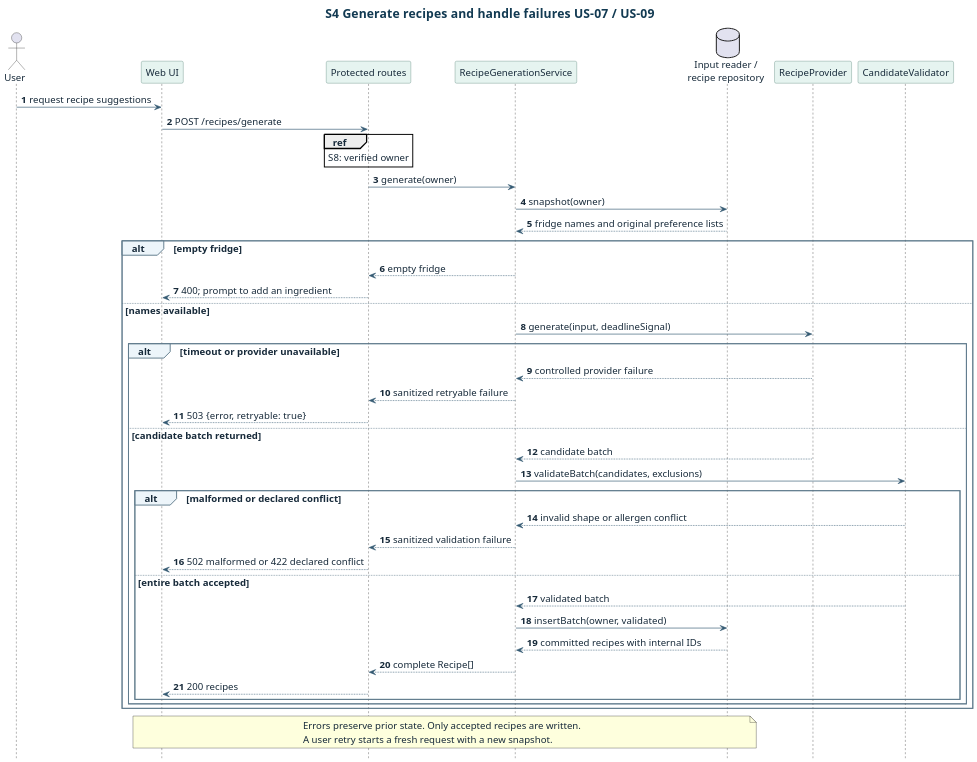
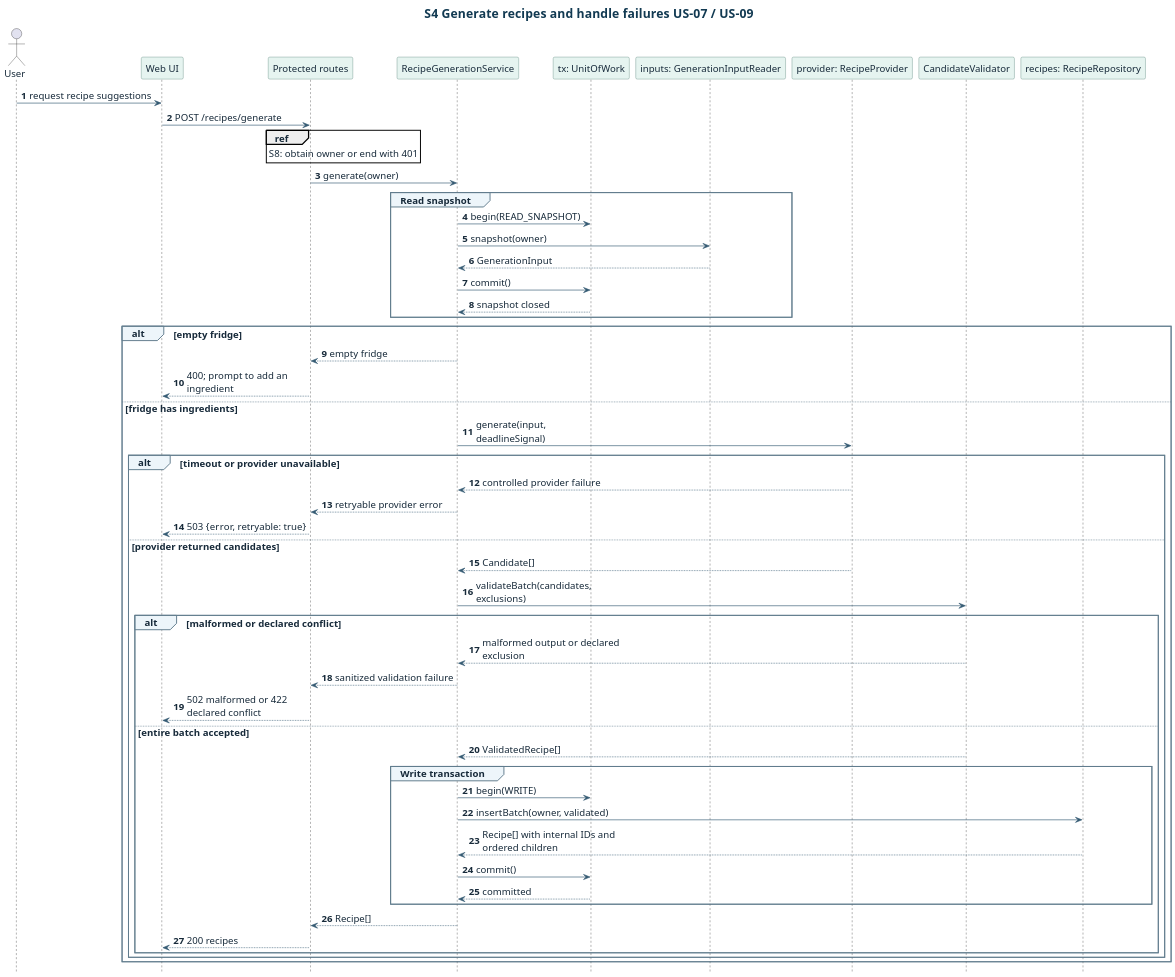
One commit to SarpCizer/CMPE331-Project changed the diagram in docs/design/sequence/generation.puml. Above: the diagram before and after it, drawn with PlantUML. The commit also changed 15 other files, not shown here.

Commit message:
docs: validate requests in services and reply after commit

```diff
--- a/docs/design/sequence/generation.puml
+++ b/docs/design/sequence/generation.puml
@@ -1,65 +1,75 @@
 @startuml
 title S4  Generate recipes and handle failures  US-07 / US-09
 skinparam backgroundColor #FFFFFF
 skinparam defaultFontName Arial
 skinparam defaultFontColor #172A3A
 skinparam defaultFontSize 15
 skinparam ArrowColor #345A72
 skinparam Shadowing false
 skinparam dpi 150
 skinparam TitleFontColor #123A52
 skinparam TitleFontSize 19
 skinparam ClassBackgroundColor #EDF5FA
 skinparam ClassBorderColor #456F89
 skinparam ComponentBackgroundColor #EDF5FA
 skinparam ComponentBorderColor #456F89
 skinparam PackageBorderColor #456F89
 skinparam ParticipantBackgroundColor #E6F4F0
 skinparam ParticipantBorderColor #417364
 skinparam SequenceGroupBackgroundColor #EDF5FA
 skinparam SequenceGroupBorderColor #617C8D
 hide footbox
 autonumber
+skinparam maxMessageSize 220
 actor User
 participant "Web UI" as UI
 participant "Protected routes" as API
+
 participant RecipeGenerationService as Gen
-database "Input reader /\nrecipe repository" as Store
-participant RecipeProvider as AI
+participant "tx: UnitOfWork" as Tx
+participant "inputs: GenerationInputReader" as Input
+participant "provider: RecipeProvider" as Provider
 participant CandidateValidator as Validate
+participant "recipes: RecipeRepository" as Recipes
 User -> UI : request recipe suggestions
 UI -> API : POST /recipes/generate
-ref over API : S8: verified owner
+ref over API : S8: obtain owner or end with 401
 API -> Gen : generate(owner)
-Gen -> Store : snapshot(owner)
-Store --> Gen : fridge names and original preference lists
+group Read snapshot
+  Gen -> Tx : begin(READ_SNAPSHOT)
+  Gen -> Input : snapshot(owner)
+  Input --> Gen : GenerationInput
+  Gen -> Tx : commit()
+  Tx --> Gen : snapshot closed
+end
 alt empty fridge
   Gen --> API : empty fridge
   API --> UI : 400; prompt to add an ingredient
-else names available
-  Gen -> AI : generate(input, deadlineSignal)
+else fridge has ingredients
+  Gen -> Provider : generate(input, deadlineSignal)
   alt timeout or provider unavailable
-    AI --> Gen : controlled provider failure
-    Gen --> API : sanitized retryable failure
+    Provider --> Gen : controlled provider failure
+    Gen --> API : retryable provider error
     API --> UI : 503 {error, retryable: true}
-  else candidate batch returned
-    AI --> Gen : candidate batch
+  else provider returned candidates
+    Provider --> Gen : Candidate[]
     Gen -> Validate : validateBatch(candidates, exclusions)
     alt malformed or declared conflict
-      Validate --> Gen : invalid shape or allergen conflict
+      Validate --> Gen : malformed output or declared exclusion
       Gen --> API : sanitized validation failure
       API --> UI : 502 malformed or 422 declared conflict
     else entire batch accepted
-      Validate --> Gen : validated batch
-      Gen -> Store : insertBatch(owner, validated)
-      Store --> Gen : committed recipes with internal IDs
-      Gen --> API : complete Recipe[]
+      Validate --> Gen : ValidatedRecipe[]
+      group Write transaction
+        Gen -> Tx : begin(WRITE)
+        Gen -> Recipes : insertBatch(owner, validated)
+        Recipes --> Gen : Recipe[] with internal IDs and ordered children
+        Gen -> Tx : commit()
+        Tx --> Gen : committed
+      end
+      Gen --> API : Recipe[]
       API --> UI : 200 recipes
     end
   end
 end
-note over UI, Store
-  Errors preserve prior state. Only accepted recipes are written.
-  A user retry starts a fresh request with a new snapshot.
-end note
 @enduml
```
